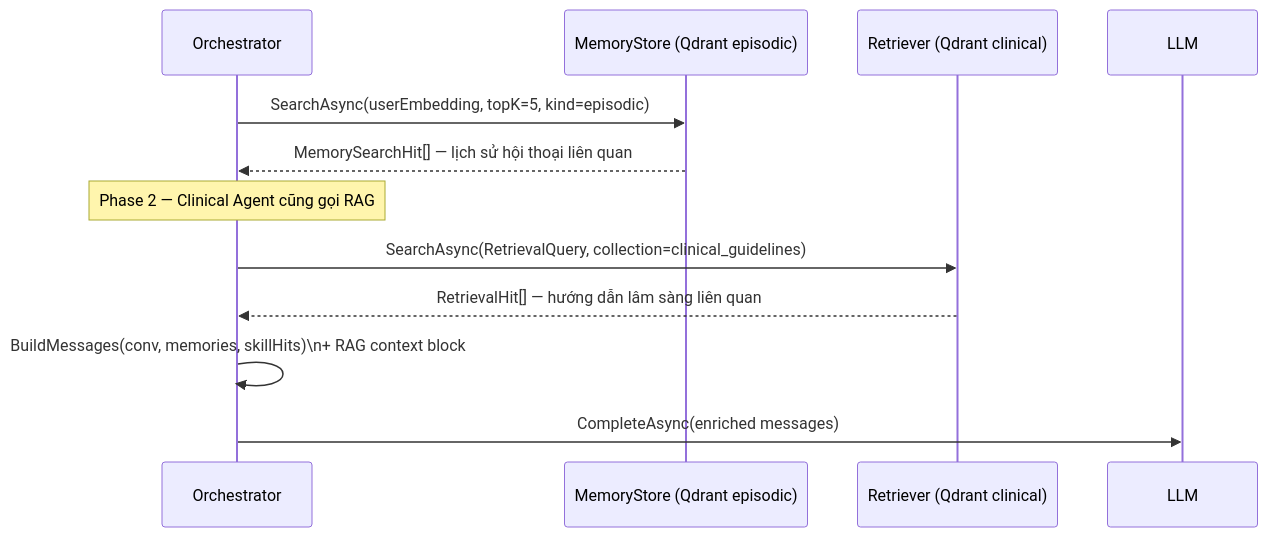
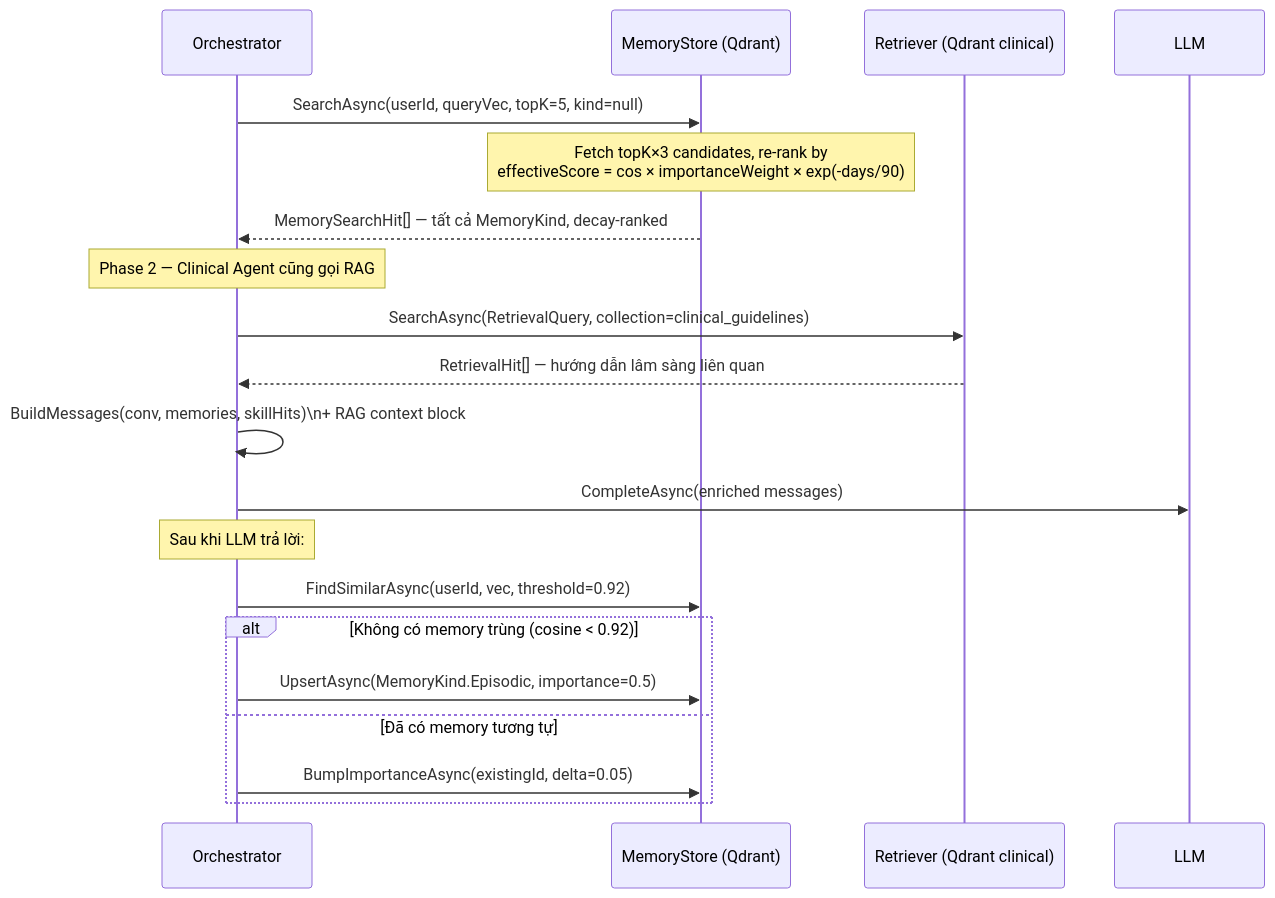
Before and after one commit to Hung6066/build-your-own-x: the sixth of 50 diagrams in docs/DEVELOPER_GUIDE.md, drawn with Mermaid. The commit also changed other lines of this file and 19 other files, not shown here.

First line of the commit message:
feat: Enhance patient memory service to support memory kind filtering

````diff
--- a/docs/DEVELOPER_GUIDE.md
+++ b/docs/DEVELOPER_GUIDE.md
@@ -256,17 +258,26 @@
 ```mermaid
 sequenceDiagram
     participant ORC as Orchestrator
-    participant MEM as MemoryStore (Qdrant episodic)
+    participant MEM as MemoryStore (Qdrant)
     participant RAG as Retriever (Qdrant clinical)
     participant LLM as LLM
 
-    ORC->>MEM: SearchAsync(userEmbedding, topK=5, kind=episodic)
-    MEM-->>ORC: MemorySearchHit[] — lịch sử hội thoại liên quan
+    ORC->>MEM: SearchAsync(userId, queryVec, topK=5, kind=null)
+    Note over MEM: Fetch topK×3 candidates, re-rank by<br/>effectiveScore = cos × importanceWeight × exp(-days/90)
+    MEM-->>ORC: MemorySearchHit[] — tất cả MemoryKind, decay-ranked
 
     Note over ORC: Phase 2 — Clinical Agent cũng gọi RAG
     ORC->>RAG: SearchAsync(RetrievalQuery, collection=clinical_guidelines)
     RAG-->>ORC: RetrievalHit[] — hướng dẫn lâm sàng liên quan
 
     ORC->>ORC: BuildMessages(conv, memories, skillHits)\n+ RAG context block
     ORC->>LLM: CompleteAsync(enriched messages)
+
+    Note over ORC: Sau khi LLM trả lời:
+    ORC->>MEM: FindSimilarAsync(userId, vec, threshold=0.92)
+    alt Không có memory trùng (cosine < 0.92)
+        ORC->>MEM: UpsertAsync(MemoryKind.Episodic, importance=0.5)
+    else Đã có memory tương tự
+        ORC->>MEM: BumpImportanceAsync(existingId, delta=0.05)
+    end
 ```
````
